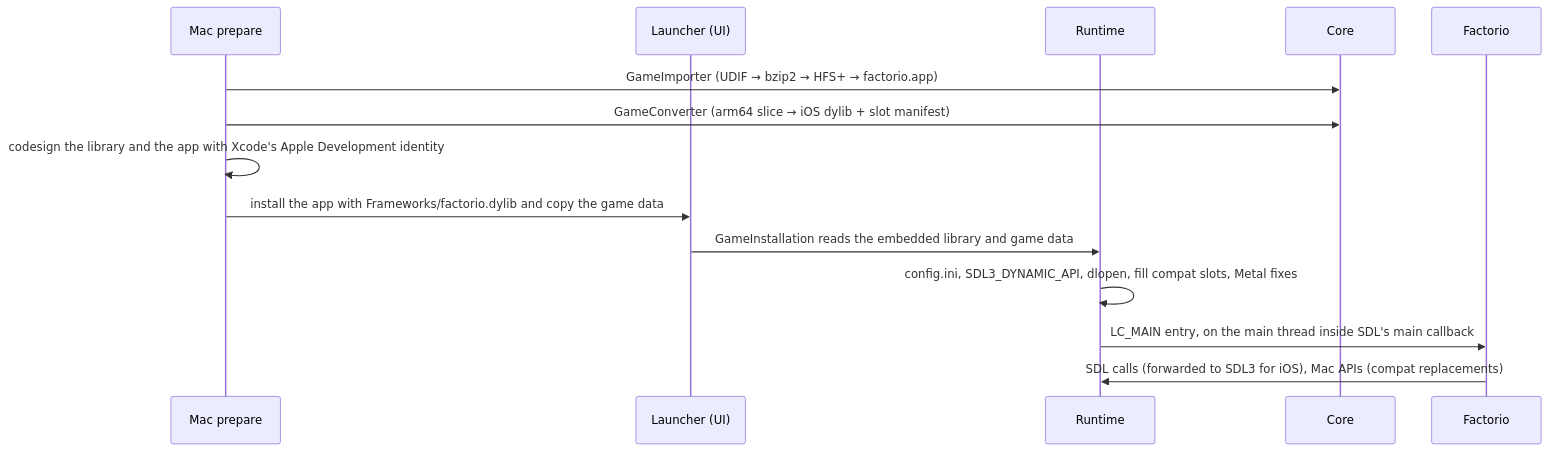
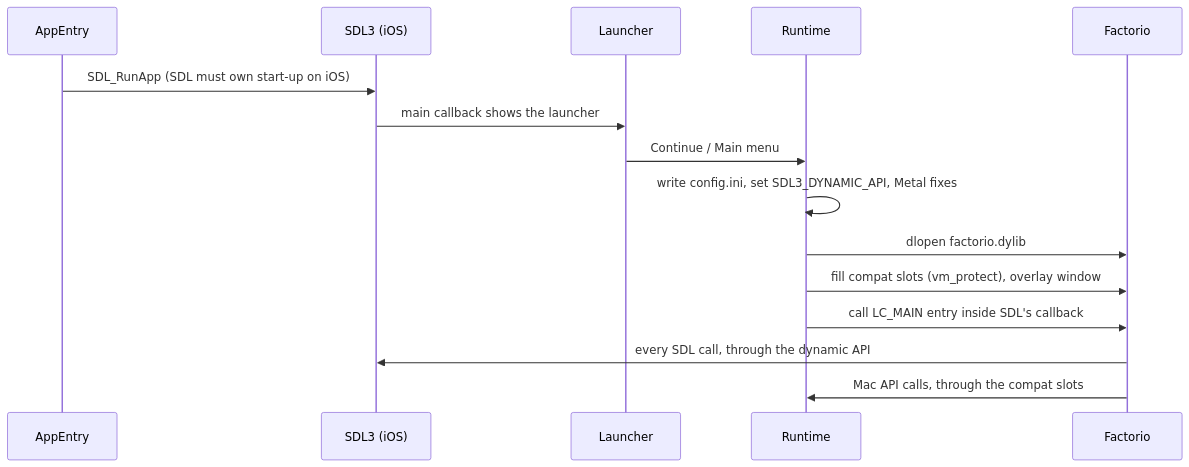
The third of 3 diagrams in docs/architecture.md (klesersurovyj-a11y/factorios), drawn with Mermaid before and after one commit. The commit also changed other lines of this file and 25 other files, not shown here.

````diff
--- a/docs/architecture.md
+++ b/docs/architecture.md
@@ -19,16 +62,17 @@
 ```mermaid
 sequenceDiagram
-    participant M as Mac prepare
-    participant L as Launcher (UI)
+    participant A as AppEntry
+    participant S as SDL3 (iOS)
+    participant L as Launcher
     participant R as Runtime
-    participant C as Core
     participant G as Factorio
-    M->>C: GameImporter (UDIF → bzip2 → HFS+ → factorio.app)
-    M->>C: GameConverter (arm64 slice → iOS dylib + slot manifest)
-    M->>M: codesign the library and the app with Xcode's Apple Development identity
-    M->>L: install the app with Frameworks/factorio.dylib and copy the game data
-    L->>R: GameInstallation reads the embedded library and game data
-    R->>R: config.ini, SDL3_DYNAMIC_API, dlopen, fill compat slots, Metal fixes
-    R->>G: LC_MAIN entry, on the main thread inside SDL's main callback
-    G->>R: SDL calls (forwarded to SDL3 for iOS), Mac APIs (compat replacements)
+    A->>S: SDL_RunApp (SDL must own start-up on iOS)
+    S->>L: main callback shows the launcher
+    L->>R: Continue / Main menu
+    R->>R: write config.ini, set SDL3_DYNAMIC_API, Metal fixes
+    R->>G: dlopen factorio.dylib
+    R->>G: fill compat slots (vm_protect), overlay window
+    R->>G: call LC_MAIN entry inside SDL's callback
+    G->>S: every SDL call, through the dynamic API
+    G->>R: Mac API calls, through the compat slots
 ```
````
